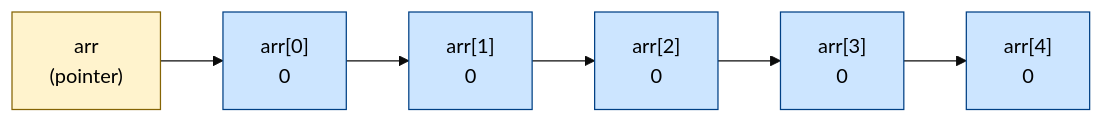
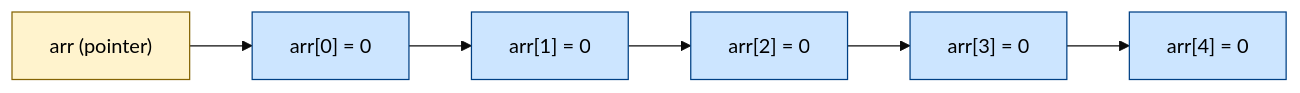
One commit to sakshamsontakke/Mastering-CPP changed the fifth of 22 diagrams in 02-Object-Oriented-Programming/40_masteringPointersAndDynamicMemory.md. Above: the diagram before and after it, drawn with Mermaid (base theme). The commit also changed other lines of this file, not shown here.

````diff
--- a/02-Object-Oriented-Programming/40_masteringPointersAndDynamicMemory.md
+++ b/02-Object-Oriented-Programming/40_masteringPointersAndDynamicMemory.md
@@ -217,15 +216,15 @@
 ```mermaid
 graph LR
-    A["arr\n(pointer)"] --> B["arr[0]\n0"]
-    B --> C["arr[1]\n0"]
-    C --> D["arr[2]\n0"]
-    D --> E["arr[3]\n0"]
-    E --> F["arr[4]\n0"]
+    A["arr (pointer)"] --> B["arr[0] = 0"]
+    B --> C["arr[1] = 0"]
+    C --> D["arr[2] = 0"]
+    D --> E["arr[3] = 0"]
+    E --> F["arr[4] = 0"]
 
     style A fill:#fff3cd,stroke:#856404,color:#000
     style B fill:#cce5ff,stroke:#004085,color:#000
     style C fill:#cce5ff,stroke:#004085,color:#000
     style D fill:#cce5ff,stroke:#004085,color:#000
     style E fill:#cce5ff,stroke:#004085,color:#000
     style F fill:#cce5ff,stroke:#004085,color:#000
 ```
````
